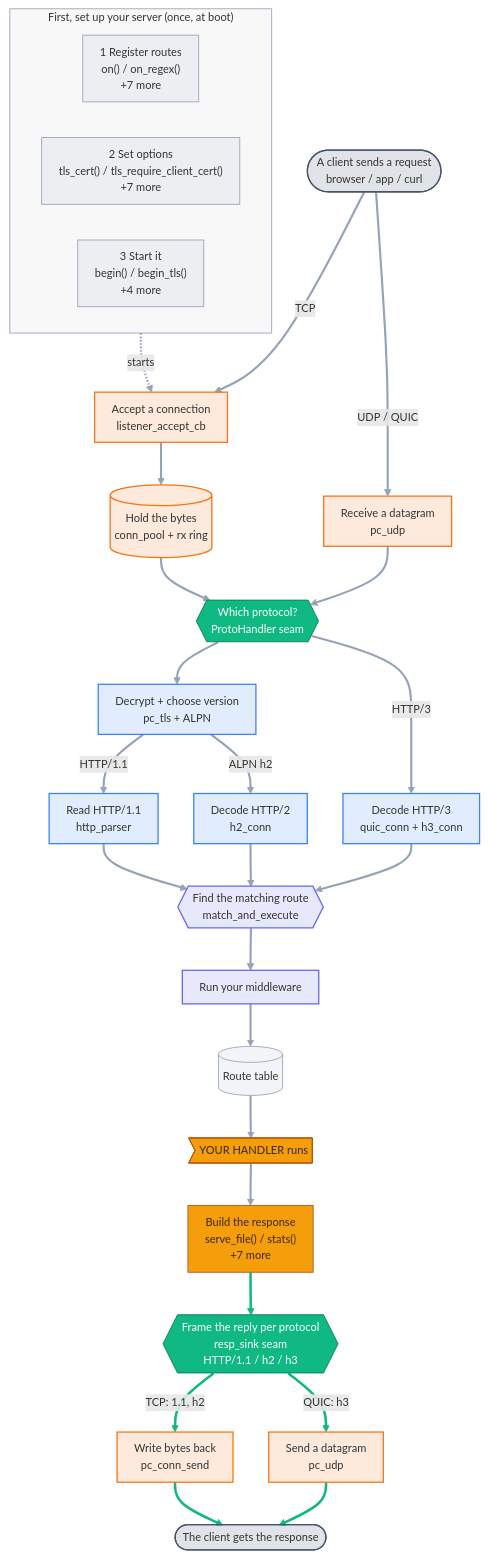
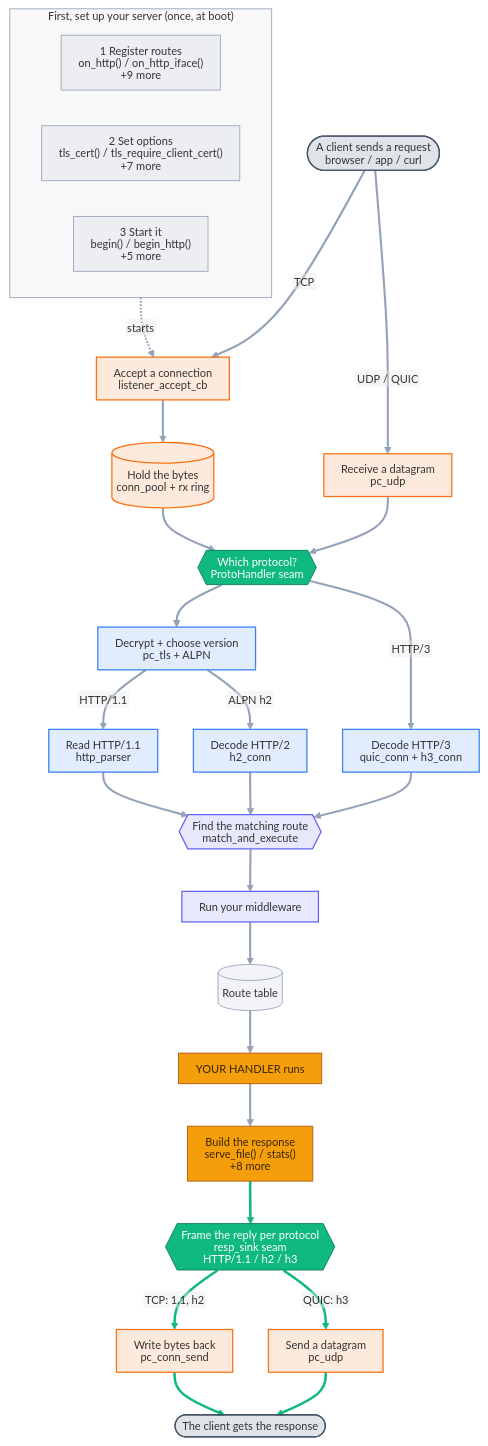
The diagram in docs/diagrams/api_flow.mmd (dstroy0/DeterministicESPAsyncWebServer), drawn with Mermaid before and after one commit. The commit also changed 28 other files, not shown here.

First line of the commit message:
docs: interactive SVG diagrams, and a README that is not half feature table

```diff
--- a/docs/diagrams/api_flow.mmd
+++ b/docs/diagrams/api_flow.mmd
@@ -1,69 +1,69 @@
-%%{init: {'themeVariables':{'fontFamily':'ui-sans-serif,system-ui,Segoe UI,Roboto,sans-serif','fontSize':'13px','lineColor':'#94a3b8'},'flowchart':{'curve':'basis','nodeSpacing':42,'rankSpacing':50,'padding':10,'useMaxWidth':true}}}%%
+%%{init: {'htmlLabels':false,'themeVariables':{'fontFamily':'sans-serif','fontSize':'13px','lineColor':'#94a3b8'},'flowchart':{'curve':'basis','nodeSpacing':42,'rankSpacing':50,'padding':10,'useMaxWidth':true,'htmlLabels':false}}}%%
 flowchart TB
   %% Auto-generated from the public API, proto_builtins.cpp, and presentation/ on disk.
   subgraph SETUP["First, set up your server (once, at boot)"]
     direction LR
-    reg["1 Register routes<br/>on() / on_regex()<br/>+7 more"]
+    reg["1 Register routes<br/>on_http() / on_http_iface()<br/>+9 more"]
     cfg["2 Set options<br/>tls_cert() / tls_require_client_cert()<br/>+7 more"]
-    run["3 Start it<br/>begin() / begin_tls()<br/>+4 more"]
+    run["3 Start it<br/>begin() / begin_http()<br/>+5 more"]
   end
 
   cin(["A client sends a request<br/>browser / app / curl"])
   listen["Accept a connection<br/>listener_accept_cb"]
   ring[("Hold the bytes<br/>conn_pool + rx ring")]
   udprx["Receive a datagram<br/>pc_udp"]
   seam{{"Which protocol?<br/>ProtoHandler seam<br/>"}}
   tls["Decrypt + choose version<br/>pc_tls + ALPN"]
   parser["Read HTTP/1.1<br/>http_parser"]
   h2["Decode HTTP/2<br/>h2_conn"]
   h3["Decode HTTP/3<br/>quic_conn + h3_conn"]
   mae{{"Find the matching route<br/>match_and_execute"}}
   mw["Run your middleware"]
   routes[("Route table")]
-  handler>"YOUR HANDLER runs"]
-  resp["Build the response<br/>serve_file() / stats()<br/>+7 more"]
+  handler["YOUR HANDLER runs"]
+  resp["Build the response<br/>serve_file() / stats()<br/>+8 more"]
   sink{{"Frame the reply per protocol<br/>resp_sink seam<br/>HTTP/1.1 / h2 / h3"}}
   consend["Write bytes back<br/>pc_conn_send"]
   udptx["Send a datagram<br/>pc_udp"]
   cout(["The client gets the response"])
 
   run -.->|starts| listen
   cin ==>|TCP| listen
   listen --> ring
   ring --> seam
   cin ==>|UDP / QUIC| udprx
   udprx --> seam
   seam --> tls
   tls -->|HTTP/1.1| parser
   tls -->|ALPN h2| h2
   seam -->|HTTP/3| h3
   parser --> mae
   h2 --> mae
   h3 --> mae
   mae --> mw
   mw --> routes
   routes --> handler
   handler --> resp
   resp --> sink
   sink -->|TCP: 1.1, h2| consend
   sink -->|QUIC: h3| udptx
   consend ==> cout
   udptx ==> cout
 
   class cin,cout ext;
   class reg,cfg,run,routes setup;
   class listen,ring,udprx,udptx,consend l4;
   class seam,sink seam;
   class tls,parser,h2,h3 l6;
   class mae,mw l7;
   class handler,resp you;
   classDef ext fill:#64748b33,stroke:#475569,stroke-width:1.5px;
   classDef setup fill:#94a3b81f,stroke:#94a3b8;
   classDef l4 fill:#f9731626,stroke:#f97316,stroke-width:1.5px;
   classDef seam fill:#10b981,stroke:#047857,color:#ffffff;
   classDef l6 fill:#3b82f626,stroke:#3b82f6,stroke-width:1.5px;
   classDef l7 fill:#6366f126,stroke:#6366f1,stroke-width:1.5px;
   classDef you fill:#f59e0b,stroke:#b45309,color:#3b2508;
   style SETUP fill:#8888880f,stroke:#94a3b8,stroke-width:1px;
   linkStyle default stroke-width:2.5px;
   linkStyle 17,18,19,20,21 stroke:#10b981,stroke-width:3px;
```
